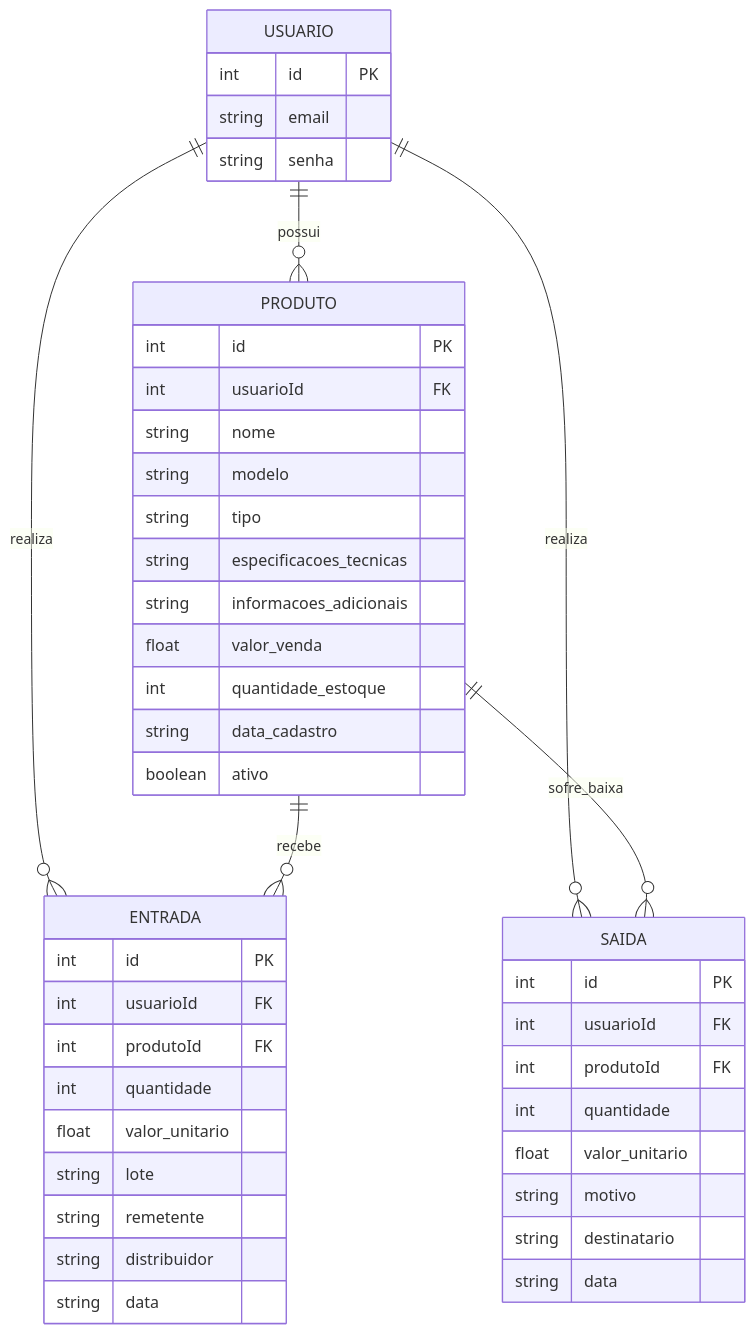
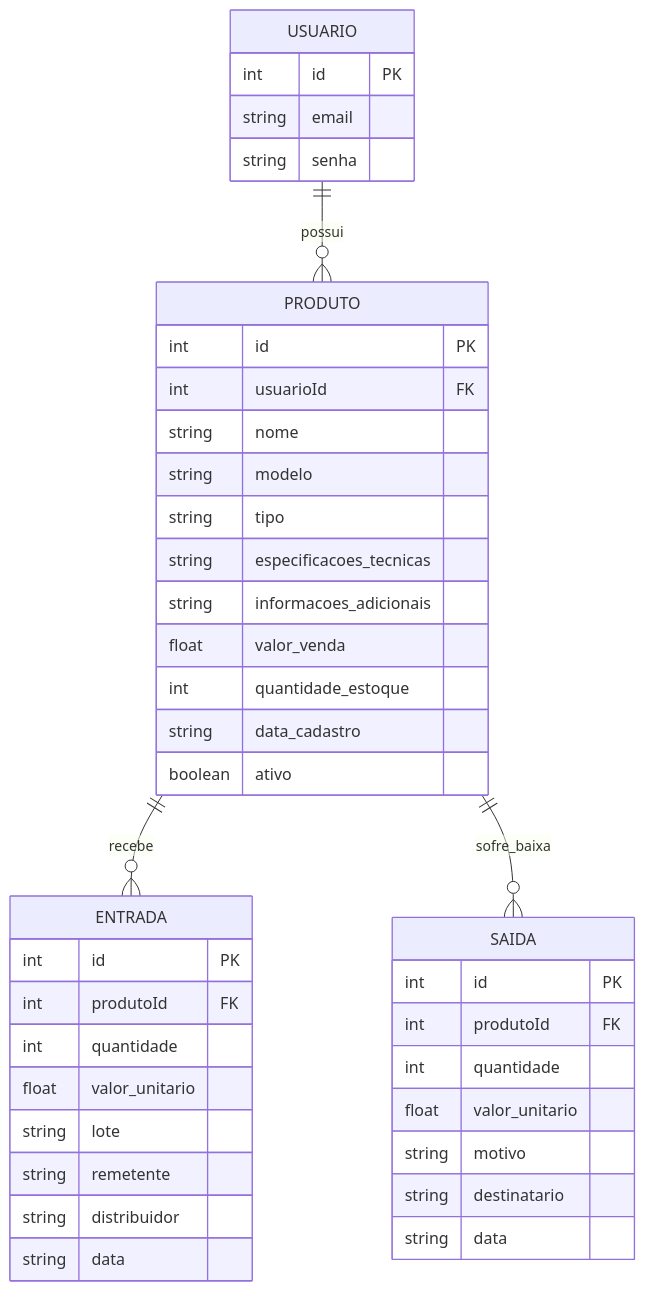
The diagram in docs/spec.md (Pericles3322/Projeto_Pericles_WEB2), drawn with Mermaid before and after one commit. The commit also changed other lines of this file, not shown here.

````diff
--- a/docs/spec.md
+++ b/docs/spec.md
@@ -9,52 +13,48 @@
 ```mermaid
 erDiagram
 
 USUARIO ||--o{ PRODUTO : possui
-USUARIO ||--o{ ENTRADA : realiza
-USUARIO ||--o{ SAIDA : realiza
 PRODUTO ||--o{ ENTRADA : recebe
 PRODUTO ||--o{ SAIDA : sofre_baixa
 
 USUARIO {
 int id PK
 string email
 string senha
 }
 
 PRODUTO {
 int id PK
 int usuarioId FK
 string nome
 string modelo
 string tipo
 string especificacoes_tecnicas
 string informacoes_adicionais
 float valor_venda
 int quantidade_estoque
 string data_cadastro
 boolean ativo
 }
 
 ENTRADA {
 int id PK
-int usuarioId FK
 int produtoId FK
 int quantidade
 float valor_unitario
 string lote
 string remetente
 string distribuidor
 string data
 }
 
 SAIDA {
 int id PK
-int usuarioId FK
 int produtoId FK
 int quantidade
 float valor_unitario
 string motivo
 string destinatario
 string data
 }
 ```
````
